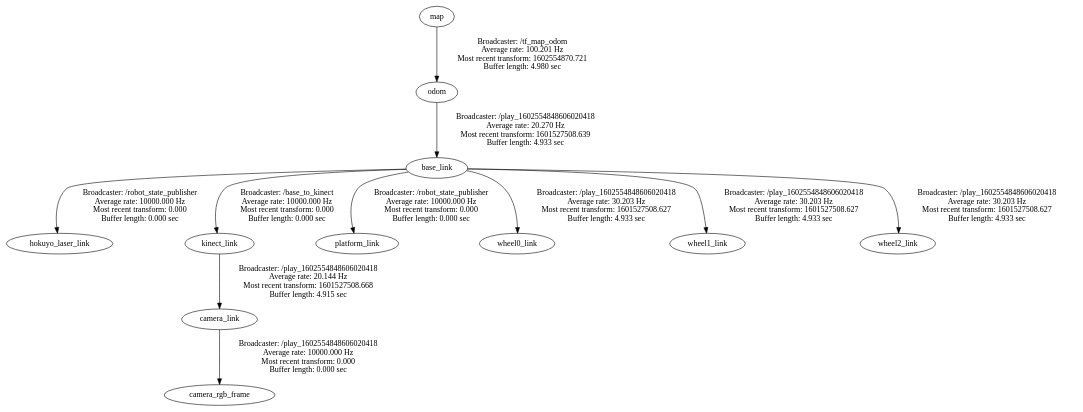
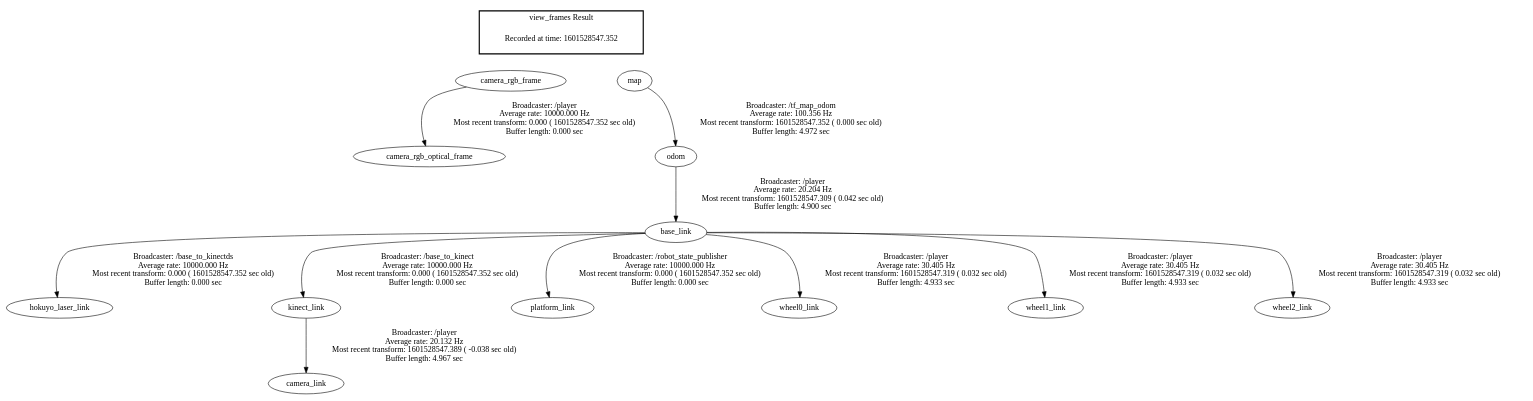
One commit to dieg4231/Tesis changed the diagram in yolo/catkin_ws/frames.gv. Above: the diagram before and after it, drawn with Graphviz. The commit also changed 4 other files, not shown here.

```diff
--- a/yolo/catkin_ws/frames.gv
+++ b/yolo/catkin_ws/frames.gv
@@ -1,12 +1,20 @@
 digraph G {
-"base_link" -> "hokuyo_laser_link"[label="Broadcaster: /robot_state_publisher\nAverage rate: 10000.000 Hz\nMost recent transform: 0.000 \nBuffer length: 0.000 sec\n"];
-"odom" -> "base_link"[label="Broadcaster: /play_1602554848606020418\nAverage rate: 20.270 Hz\nMost recent transform: 1601527508.639 \nBuffer length: 4.933 sec\n"];
-"base_link" -> "kinect_link"[label="Broadcaster: /base_to_kinect\nAverage rate: 10000.000 Hz\nMost recent transform: 0.000 \nBuffer length: 0.000 sec\n"];
-"base_link" -> "platform_link"[label="Broadcaster: /robot_state_publisher\nAverage rate: 10000.000 Hz\nMost recent transform: 0.000 \nBuffer length: 0.000 sec\n"];
-"camera_link" -> "camera_rgb_frame"[label="Broadcaster: /play_1602554848606020418\nAverage rate: 10000.000 Hz\nMost recent transform: 0.000 \nBuffer length: 0.000 sec\n"];
-"kinect_link" -> "camera_link"[label="Broadcaster: /play_1602554848606020418\nAverage rate: 20.144 Hz\nMost recent transform: 1601527508.668 \nBuffer length: 4.915 sec\n"];
-"map" -> "odom"[label="Broadcaster: /tf_map_odom\nAverage rate: 100.201 Hz\nMost recent transform: 1602554870.721 \nBuffer length: 4.980 sec\n"];
-"base_link" -> "wheel0_link"[label="Broadcaster: /play_1602554848606020418\nAverage rate: 30.203 Hz\nMost recent transform: 1601527508.627 \nBuffer length: 4.933 sec\n"];
-"base_link" -> "wheel1_link"[label="Broadcaster: /play_1602554848606020418\nAverage rate: 30.203 Hz\nMost recent transform: 1601527508.627 \nBuffer length: 4.933 sec\n"];
-"base_link" -> "wheel2_link"[label="Broadcaster: /play_1602554848606020418\nAverage rate: 30.203 Hz\nMost recent transform: 1601527508.627 \nBuffer length: 4.933 sec\n"];
+"base_link" -> "hokuyo_laser_link"[label="Broadcaster: /base_to_kinectds\nAverage rate: 10000.000 Hz\nMost recent transform: 0.000 ( 1601528547.352 sec old)\nBuffer length: 0.000 sec\n"];
+"odom" -> "base_link"[label="Broadcaster: /player\nAverage rate: 20.204 Hz\nMost recent transform: 1601528547.309 ( 0.042 sec old)\nBuffer length: 4.900 sec\n"];
+"base_link" -> "kinect_link"[label="Broadcaster: /base_to_kinect\nAverage rate: 10000.000 Hz\nMost recent transform: 0.000 ( 1601528547.352 sec old)\nBuffer length: 0.000 sec\n"];
+"base_link" -> "platform_link"[label="Broadcaster: /robot_state_publisher\nAverage rate: 10000.000 Hz\nMost recent transform: 0.000 ( 1601528547.352 sec old)\nBuffer length: 0.000 sec\n"];
+"camera_rgb_frame" -> "camera_rgb_optical_frame"[label="Broadcaster: /player\nAverage rate: 10000.000 Hz\nMost recent transform: 0.000 ( 1601528547.352 sec old)\nBuffer length: 0.000 sec\n"];
+"kinect_link" -> "camera_link"[label="Broadcaster: /player\nAverage rate: 20.132 Hz\nMost recent transform: 1601528547.389 ( -0.038 sec old)\nBuffer length: 4.967 sec\n"];
+"map" -> "odom"[label="Broadcaster: /tf_map_odom\nAverage rate: 100.356 Hz\nMost recent transform: 1601528547.352 ( 0.000 sec old)\nBuffer length: 4.972 sec\n"];
+"base_link" -> "wheel0_link"[label="Broadcaster: /player\nAverage rate: 30.405 Hz\nMost recent transform: 1601528547.319 ( 0.032 sec old)\nBuffer length: 4.933 sec\n"];
+"base_link" -> "wheel1_link"[label="Broadcaster: /player\nAverage rate: 30.405 Hz\nMost recent transform: 1601528547.319 ( 0.032 sec old)\nBuffer length: 4.933 sec\n"];
+"base_link" -> "wheel2_link"[label="Broadcaster: /player\nAverage rate: 30.405 Hz\nMost recent transform: 1601528547.319 ( 0.032 sec old)\nBuffer length: 4.933 sec\n"];
+edge [style=invis];
+ subgraph cluster_legend { style=bold; color=black; label ="view_frames Result";
+"Recorded at time: 1601528547.352"[ shape=plaintext ] ;
+ }->"camera_rgb_frame";
+edge [style=invis];
+ subgraph cluster_legend { style=bold; color=black; label ="view_frames Result";
+"Recorded at time: 1601528547.352"[ shape=plaintext ] ;
+ }->"map";
 }
```
